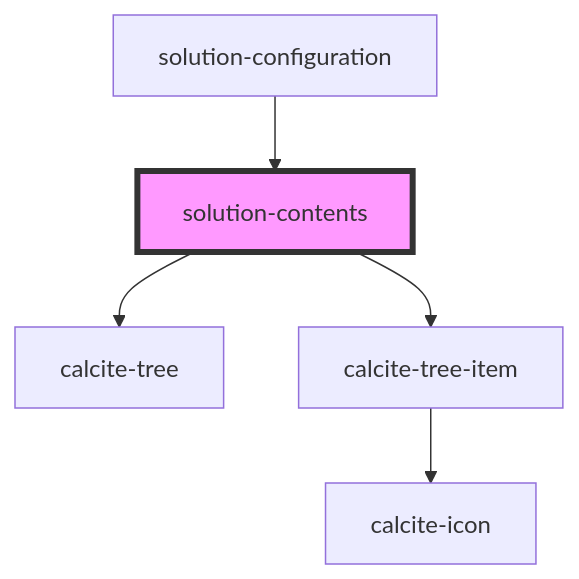
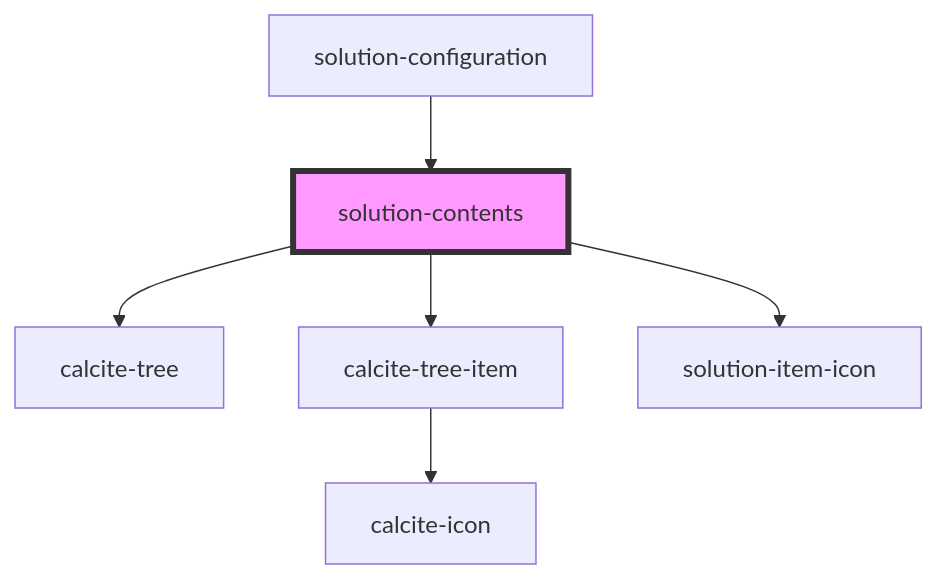
Before and after one commit to Esri/solutions-components: the diagram in src/components/solution-contents/readme.md, drawn with Mermaid. The commit also changed other lines of this file and 7 other files, not shown here.

````diff
--- a/src/components/solution-contents/readme.md
+++ b/src/components/solution-contents/readme.md
@@ -35,8 +36,9 @@
 ```mermaid
 graph TD;
   solution-contents --> calcite-tree
   solution-contents --> calcite-tree-item
+  solution-contents --> solution-item-icon
   calcite-tree-item --> calcite-icon
   solution-configuration --> solution-contents
   style solution-contents fill:#f9f,stroke:#333,stroke-width:4px
 ```
````
